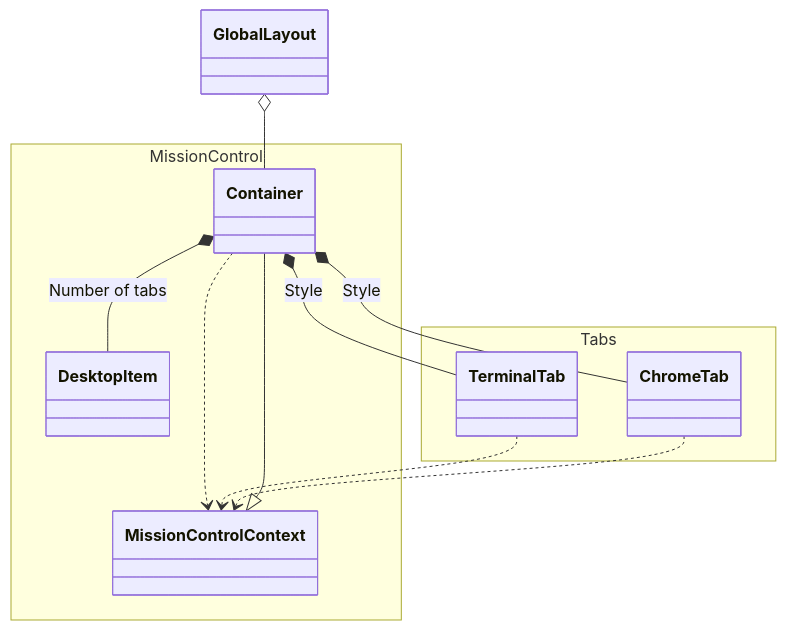
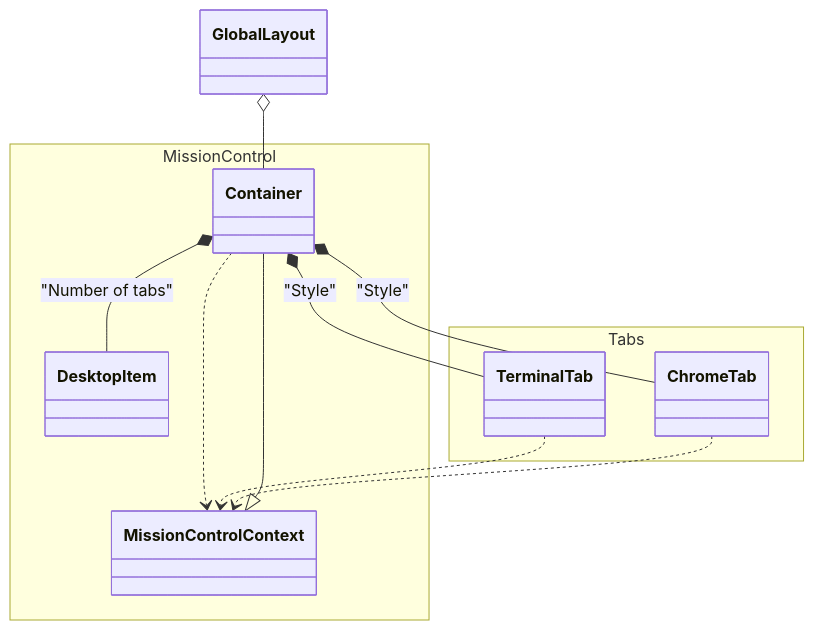
One commit to syi0808/WhoAmI changed the diagram in design.md. Above: the diagram before and after it, drawn with Mermaid.

Commit message:
docs: Fix github mermaid parsing error

````diff
--- a/design.md
+++ b/design.md
@@ -13,27 +13,27 @@
 ```mermaid
 classDiagram
     class GlobalLayout
 
     namespace MissionControl {
       class Container
       class DesktopItem
       class MissionControlContext
     }
 
     namespace Tabs {
       class TerminalTab
       class ChromeTab
     }
 
     GlobalLayout o-- Container
 
     MissionControlContext <|-- Container
     Container ..> MissionControlContext
-    Container *-- DesktopItem : Number of tabs
+    Container *-- DesktopItem : "Number of tabs"
 
-    Container *-- TerminalTab : Style
-    Container *-- ChromeTab : Style
+    Container *-- TerminalTab : "Style"
+    Container *-- ChromeTab : "Style"
 
     TerminalTab ..> MissionControlContext
     ChromeTab ..> MissionControlContext
 ```
````
